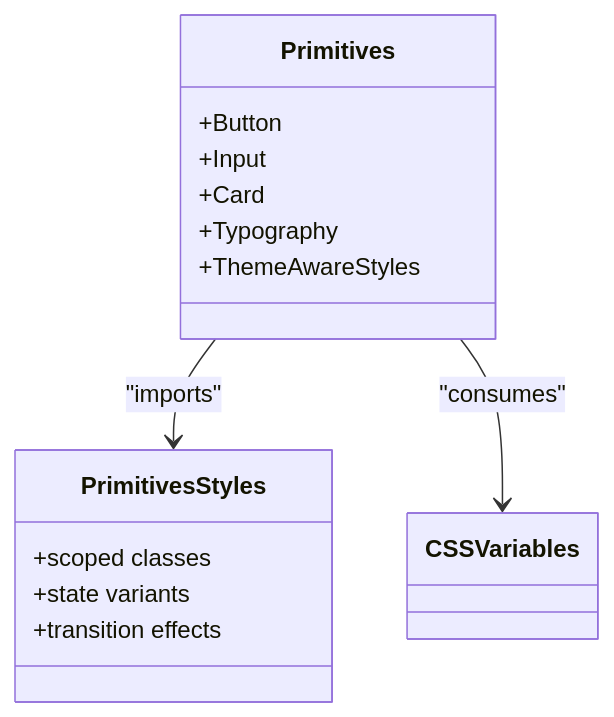
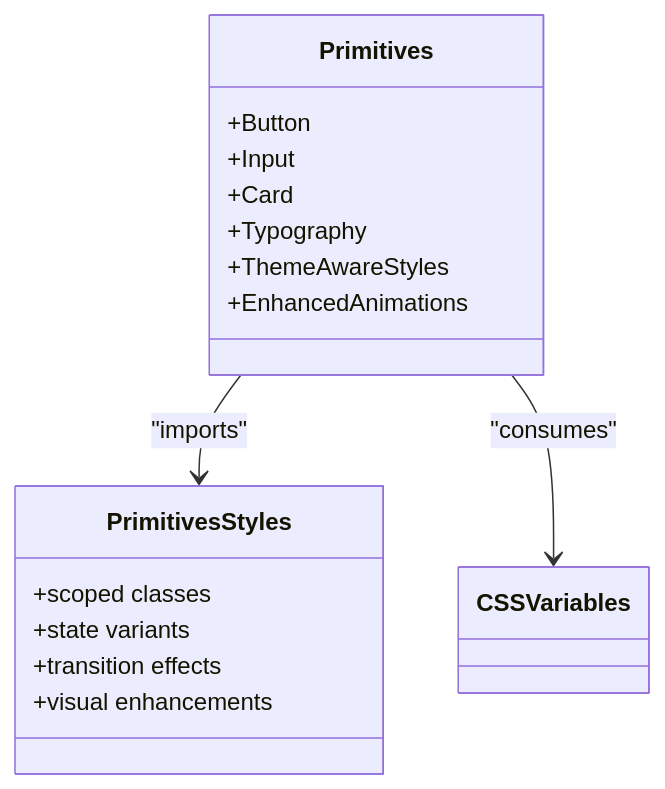
One commit to HassanAmeer/cheaprouter changed the third of 10 diagrams in .qoder/repowiki/en/content/Frontend Architecture/Styling System.md. Above: the diagram before and after it, drawn with Mermaid. The commit also changed other lines of this file and 10 other files, not shown here.

````diff
--- a/.qoder/repowiki/en/content/Frontend Architecture/Styling System.md
+++ b/.qoder/repowiki/en/content/Frontend Architecture/Styling System.md
@@ -224,17 +225,19 @@
 ```mermaid
 classDiagram
 class Primitives {
 +Button
 +Input
 +Card
 +Typography
 +ThemeAwareStyles
++EnhancedAnimations
 }
 class PrimitivesStyles {
 +scoped classes
 +state variants
 +transition effects
++visual enhancements
 }
 Primitives --> PrimitivesStyles : "imports"
 Primitives --> CSSVariables : "consumes"
 ```
````
